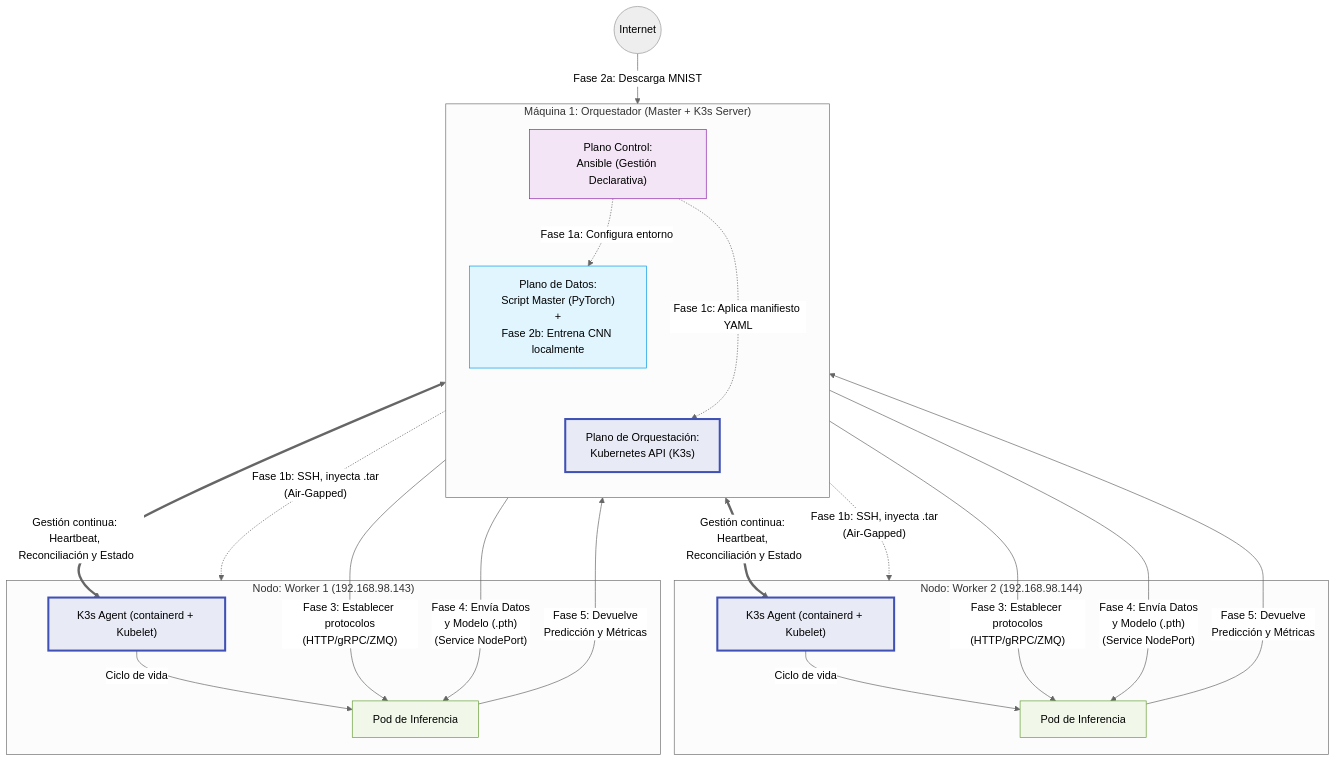
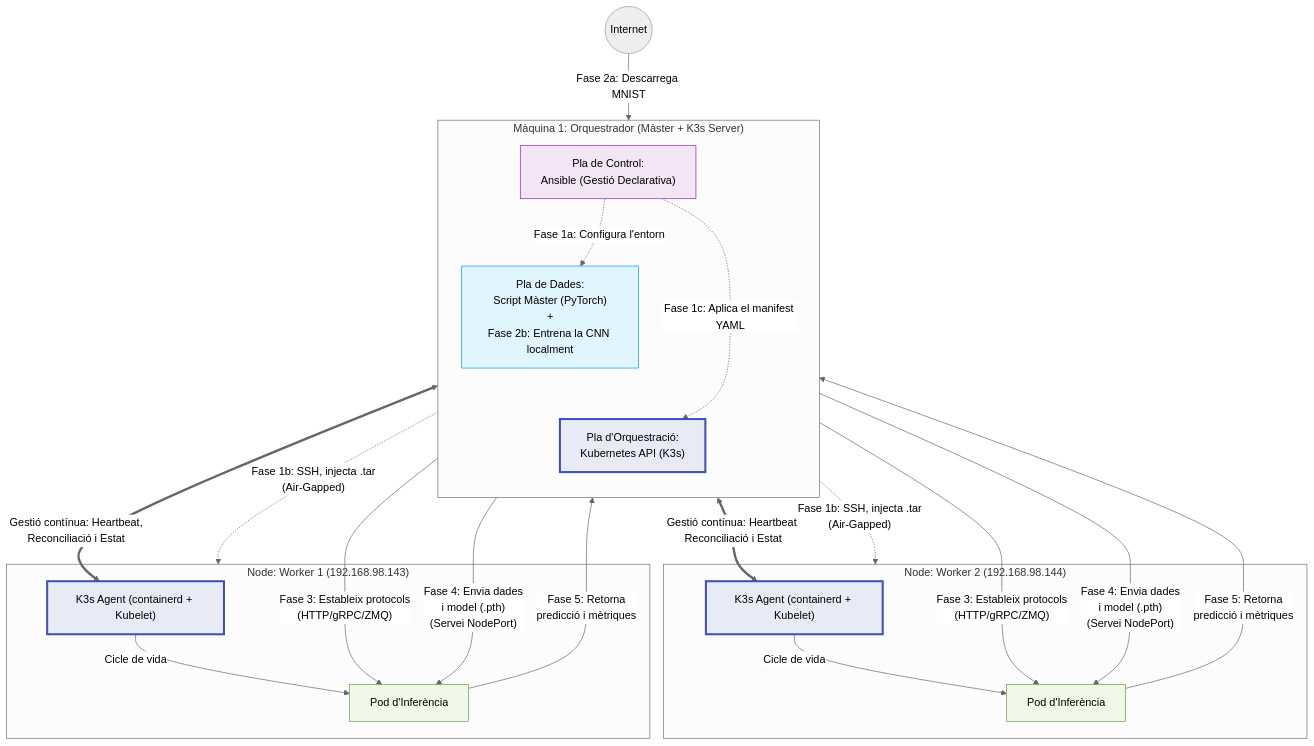
Before and after one commit to xji650/tfg-systemd-kubernetes: the diagram in kubernetes/assets/flow-v2.md, drawn with Mermaid (neutral theme). The commit also changed 6 other files, not shown here.

Commit message:
refactor: update terminology and improve clarity in flowcharts and graphs for Systemd and Kubernetes

````diff
--- a/kubernetes/assets/flow-v2.md
+++ b/kubernetes/assets/flow-v2.md
@@ -1,59 +1,59 @@
 ``` mermaid
 flowchart TD
     Internet((Internet))
 
-    subgraph Maquina1 ["Máquina 1: Orquestador (Master + K3s Server)"]
+    subgraph Maquina1 ["Màquina 1: Orquestrador (Màster + K3s Server)"]
         direction TB
-        Ansible["Plano Control:<br>Ansible (Gestión Declarativa)"]
-        KubeAPI["Plano de Orquestación:<br>Kubernetes API (K3s)"]
-        Padre["Plano de Datos:<br>Script Master (PyTorch)<br>+<br>Fase 2b: Entrena CNN localmente"]
+        Ansible["Pla de Control:<br>Ansible (Gestió Declarativa)"]
+        KubeAPI["Pla d'Orquestració:<br>Kubernetes API (K3s)"]
+        Padre["Pla de Dades:<br>Script Màster (PyTorch)<br>+<br>Fase 2b: Entrena la CNN localment"]
     end
 
     Ansible ~~~ Padre
     Padre ~~~ KubeAPI
     
 
-    subgraph Worker2 ["Nodo: Worker 2 (192.168.98.144)"]
+    subgraph Worker2 ["Node: Worker 2 (192.168.98.144)"]
         K3sB["K3s Agent (containerd + Kubelet)"]
-        Hijo2["Pod de Inferencia"]
-        K3sB -- "Ciclo de vida" --> Hijo2
+        Hijo2["Pod d'Inferència"]
+        K3sB -- "Cicle de vida" --> Hijo2
     end
 
-    subgraph Worker1 ["Nodo: Worker 1 (192.168.98.143)"]
+    subgraph Worker1 ["Node: Worker 1 (192.168.98.143)"]
         K3sA["K3s Agent (containerd + Kubelet)"]
-        Hijo1["Pod de Inferencia"]
-        K3sA -- "Ciclo de vida" --> Hijo1
+        Hijo1["Pod d'Inferència"]
+        K3sA -- "Cicle de vida" --> Hijo1
     end
 
-    %% FASE 1: Aprovisionamiento (Ansible SIEMPRE discontinua)
-    Ansible -. "Fase 1a: Configura entorno" .-> Padre
-    Ansible -. "Fase 1b: SSH, inyecta .tar<br>(Air-Gapped)" .-> Worker1
-    Ansible -. "Fase 1b: SSH, inyecta .tar<br>(Air-Gapped)" .-> Worker2
-    Ansible -. "Fase 1c: Aplica manifiesto YAML" .-> KubeAPI
+    %% FASE 1: Aprovisionament (Ansible SEMPRE discontínua)
+    Ansible -. "Fase 1a: Configura l'entorn" .-> Padre
+    Ansible -. "Fase 1b: SSH, injecta .tar<br>(Air-Gapped)" .-> Worker1
+    Ansible -. "Fase 1b: SSH, injecta .tar<br>(Air-Gapped)" .-> Worker2
+    Ansible -. "Fase 1c: Aplica el manifest YAML" .-> KubeAPI
 
-    %% FASE DE ORQUESTACIÓN (Kubernetes activo)
-    KubeAPI <==>|Gestión continua: Heartbeat, <br>Reconciliación y Estado| K3sA
-    KubeAPI <==>|Gestión continua: Heartbeat, <br>Reconciliación y Estado| K3sB
+    %% FASE D'ORQUESTRACIÓ (Kubernetes actiu)
+    KubeAPI <==>|Gestió contínua: Heartbeat, <br>Reconciliació i Estat| K3sA
+    KubeAPI <==>|Gestió contínua: Heartbeat, <br>Reconciliació i Estat| K3sB
 
     %% FASE 2: Dataset
-    Internet -- "Fase 2a: Descarga MNIST" --> Padre
+    Internet -- "Fase 2a: Descarrega MNIST" --> Padre
 
-    %% FASES 3: Establecer protocolos
-    Padre -- "Fase 3: Establecer protocolos<br>(HTTP/gRPC/ZMQ)" --> Hijo1
-    Padre -- "Fase 3: Establecer protocolos<br>(HTTP/gRPC/ZMQ)" --> Hijo2
+    %% FASES 3: Establiment de protocols
+    Padre -- "Fase 3: Estableix protocols<br>(HTTP/gRPC/ZMQ)" --> Hijo1
+    Padre -- "Fase 3: Estableix protocols<br>(HTTP/gRPC/ZMQ)" --> Hijo2
 
-    %% FASES 4: Fujo de ida
-    Padre -- "Fase 4: Envía Datos<br>y Modelo (.pth)<br>(Service NodePort)" --> Hijo1
-    Padre -- "Fase 4: Envía Datos<br>y Modelo (.pth)<br>(Service NodePort)" --> Hijo2
+    %% FASES 4: Flux d'anada
+    Padre -- "Fase 4: Envia dades<br>i model (.pth)<br>(Servei NodePort)" --> Hijo1
+    Padre -- "Fase 4: Envia dades<br>i model (.pth)<br>(Servei NodePort)" --> Hijo2
 
-    %% FASES 5: Fujo de vuelta
-    Hijo1 -- "Fase 5: Devuelve<br>Predicción y Métricas" --> Padre
-    Hijo2 -- "Fase 5: Devuelve<br>Predicción y Métricas" --> Padre
+    %% FASES 5: Flux de tornada
+    Hijo1 -- "Fase 5: Retorna<br>predicció i mètriques" --> Padre
+    Hijo2 -- "Fase 5: Retorna<br>predicció i mètriques" --> Padre
 
-    %% Estilos
+    %% Estils
     classDef control fill:#f3e5f5,stroke:#8e24aa,color:#000;
     classDef datos fill:#e1f5fe,stroke:#039be5,color:#000;
     classDef worker fill:#f1f8e9,stroke:#689f38,color:#000;
     classDef kube fill:#e8eaf6,stroke:#3f51b5,stroke-width:3px,color:#000;
     class Ansible control; class Padre datos; class Hijo1,Hijo2 worker; class KubeAPI,K3sA,K3sB kube;
 ```
````
